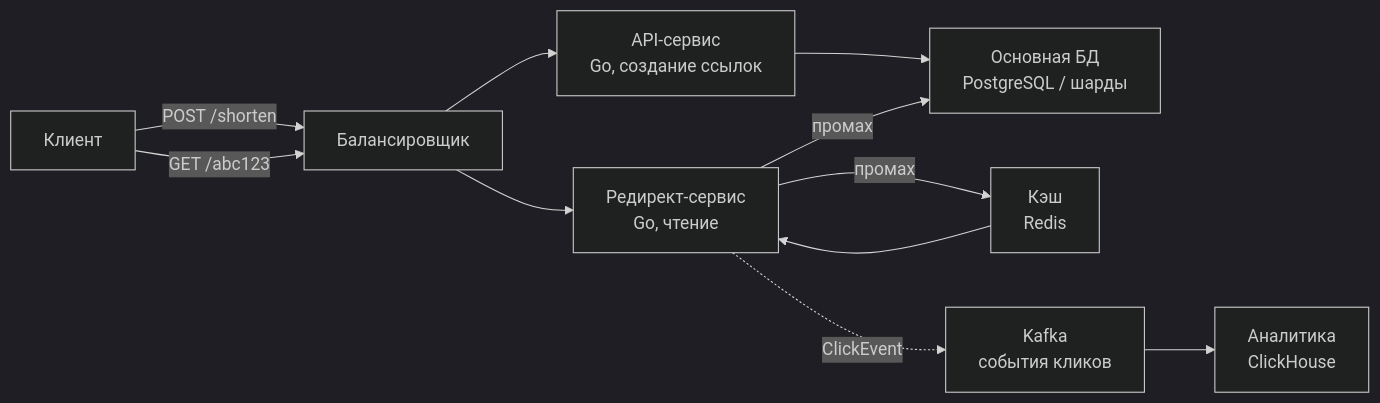
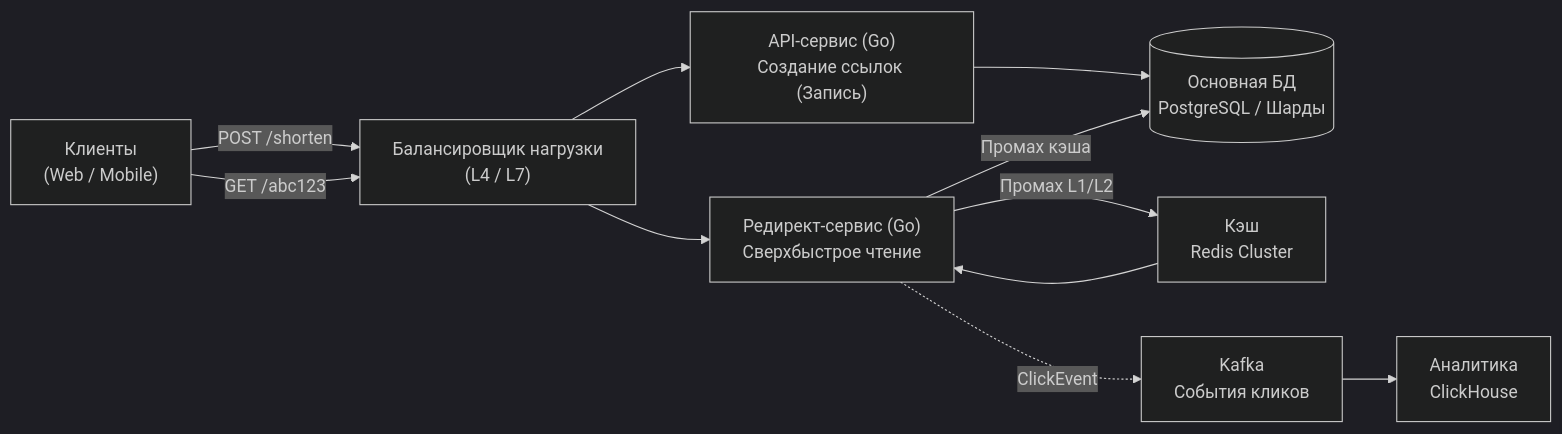
Before and after one commit to UnrealTemplier/go-textbook: the first of 10 diagrams in sources/11. Архитектура и System Design/52. Разбор типичных System Design задач.md, drawn with Mermaid (dark theme). The commit also changed other lines of this file, not shown here.

````diff
--- a/sources/11. Архитектура и System Design/52. Разбор типичных System Design задач.md
+++ b/sources/11. Архитектура и System Design/52. Разбор типичных System Design задач.md
@@ -18,18 +32,18 @@
 ```mermaid
 flowchart LR
-    Client["Клиент"]
-    LB["Балансировщик"]
-    API["API-сервис<br>Go, создание ссылок"]
-    Redirect["Редирект-сервис<br>Go, чтение"]
-    DB["Основная БД<br>PostgreSQL / шарды"]
-    Cache["Кэш<br>Redis"]
-    Kafka["Kafka<br>события кликов"]
+    Client["Клиенты<br>(Web / Mobile)"]
+    LB["Балансировщик нагрузки<br>(L4 / L7)"]
+    API["API-сервис (Go)<br>Создание ссылок (Запись)"]
+    Redirect["Редирект-сервис (Go)<br>Сверхбыстрое чтение"]
+    DB[("Основная БД<br>PostgreSQL / Шарды")]
+    Cache["Кэш<br>Redis Cluster"]
+    Kafka["Kafka<br>События кликов"]
     Analytics["Аналитика<br>ClickHouse"]
 
     Client -->|"POST /shorten"| LB --> API --> DB
     Client -->|"GET /abc123"| LB --> Redirect
-    Redirect -->|"промах"| Cache
-    Redirect -->|"промах"| DB
+    Redirect -->|"Промах L1/L2"| Cache
+    Redirect -->|"Промах кэша"| DB
     Cache --> Redirect
     Redirect -.->|"ClickEvent"| Kafka --> Analytics
 ```
````
